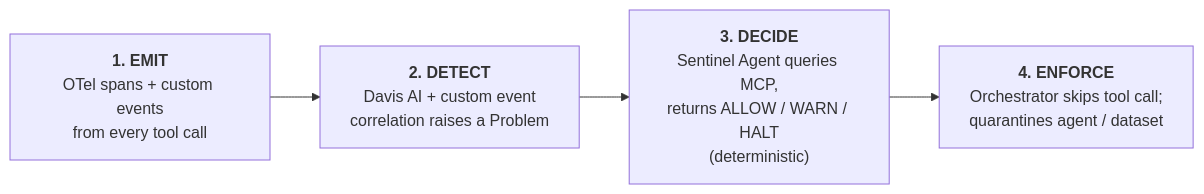
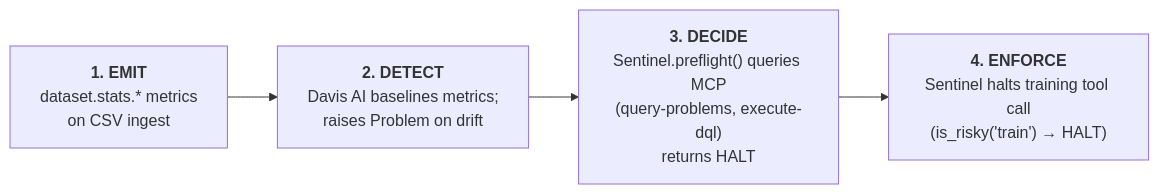
Before and after one commit to MichaelPaonam/sentinelds: the second of 2 diagrams in README.md, drawn with Mermaid. The commit also changed other lines of this file and 141 other files, not shown here.

````diff
--- a/README.md
+++ b/README.md
@@ -43,9 +59,9 @@
 ```mermaid
 flowchart LR
-    E["<b>1. EMIT</b>\nOTel spans + custom events\nfrom every tool call"]
-    D["<b>2. DETECT</b>\nDavis AI + custom event\ncorrelation raises a Problem"]
-    De["<b>3. DECIDE</b>\nSentinel Agent queries MCP,\nreturns ALLOW / WARN / HALT\n(deterministic)"]
-    En["<b>4. ENFORCE</b>\nOrchestrator skips tool call;\nquarantines agent / dataset"]
+    E["<b>1. EMIT</b>\ndataset.stats.* metrics\non CSV ingest"]
+    D["<b>2. DETECT</b>\nDavis AI baselines metrics;\nraises Problem on drift"]
+    De["<b>3. DECIDE</b>\nSentinel.preflight() queries MCP\n(query-problems, execute-dql)\nreturns HALT"]
+    En["<b>4. ENFORCE</b>\nSentinel halts training tool call\n(is_risky('train') → HALT)"]
 
     E --> D --> De --> En
 ```
````
